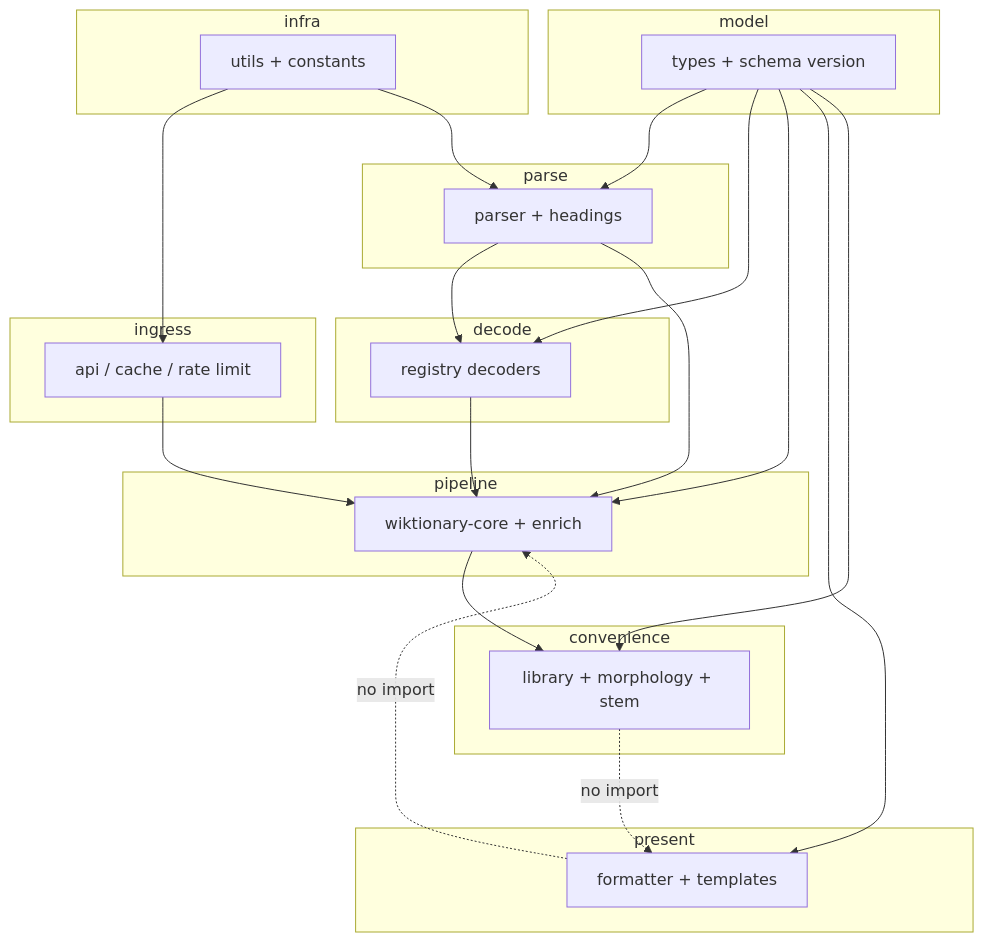
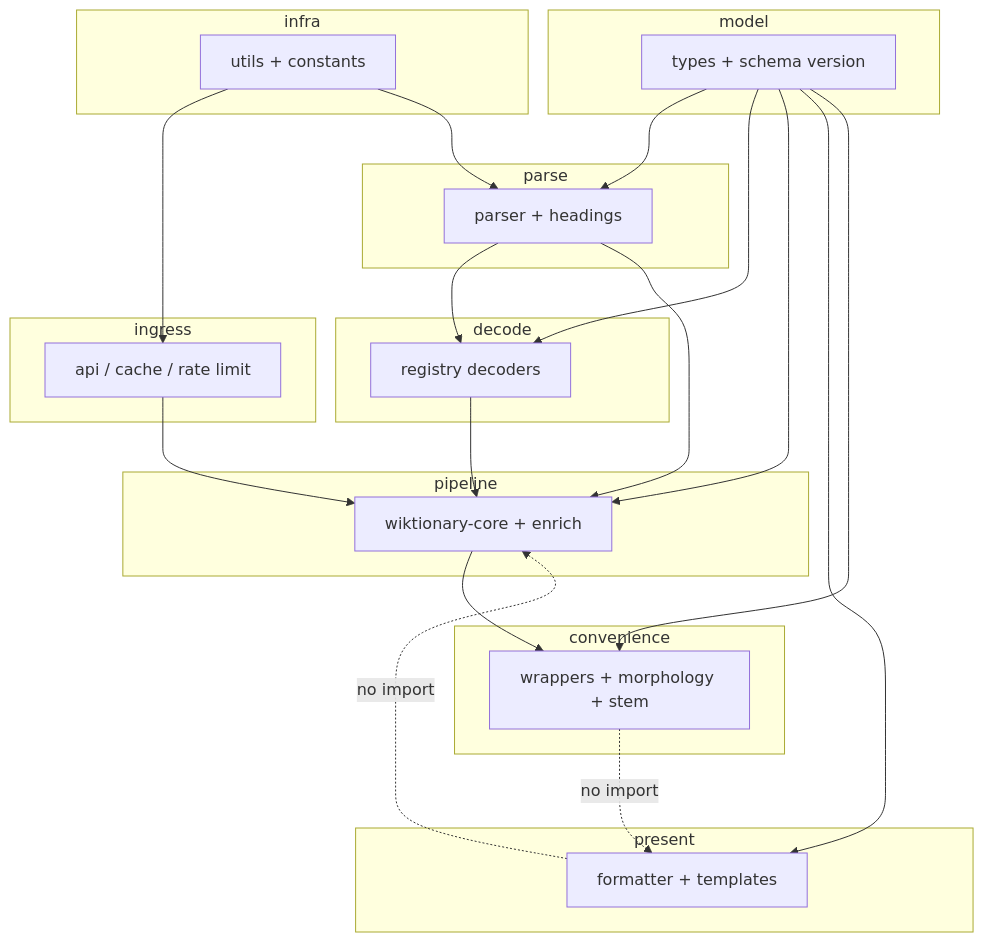
The diagram in docs/architecture-layers.md (rhythmus/wiktionary-sdk), drawn with Mermaid before and after one commit. The commit also changed other lines of this file and 11 other files, not shown here.

````diff
--- a/docs/architecture-layers.md
+++ b/docs/architecture-layers.md
@@ -19,41 +19,41 @@
 ```mermaid
 flowchart TB
   subgraph ingress [ingress]
     API[api / cache / rate limit]
   end
   subgraph parse [parse]
     P[parser + headings]
   end
   subgraph decode [decode]
     R[registry decoders]
   end
   subgraph pipeline [pipeline]
     W[wiktionary-core + enrich]
   end
   subgraph model [model]
     T[types + schema version]
   end
   subgraph present [present]
     F[formatter + templates]
   end
   subgraph convenience [convenience]
-    L[library + morphology + stem]
+    L[wrappers + morphology + stem]
   end
   subgraph infra [infra]
     U[utils + constants]
   end
   API --> W
   P --> R
   P --> W
   R --> W
   T --> P
   T --> R
   T --> W
   T --> F
   T --> L
   U --> API
   U --> P
   W --> L
   F -.->|no import| W
   L -.->|no import| F
 ```
````
